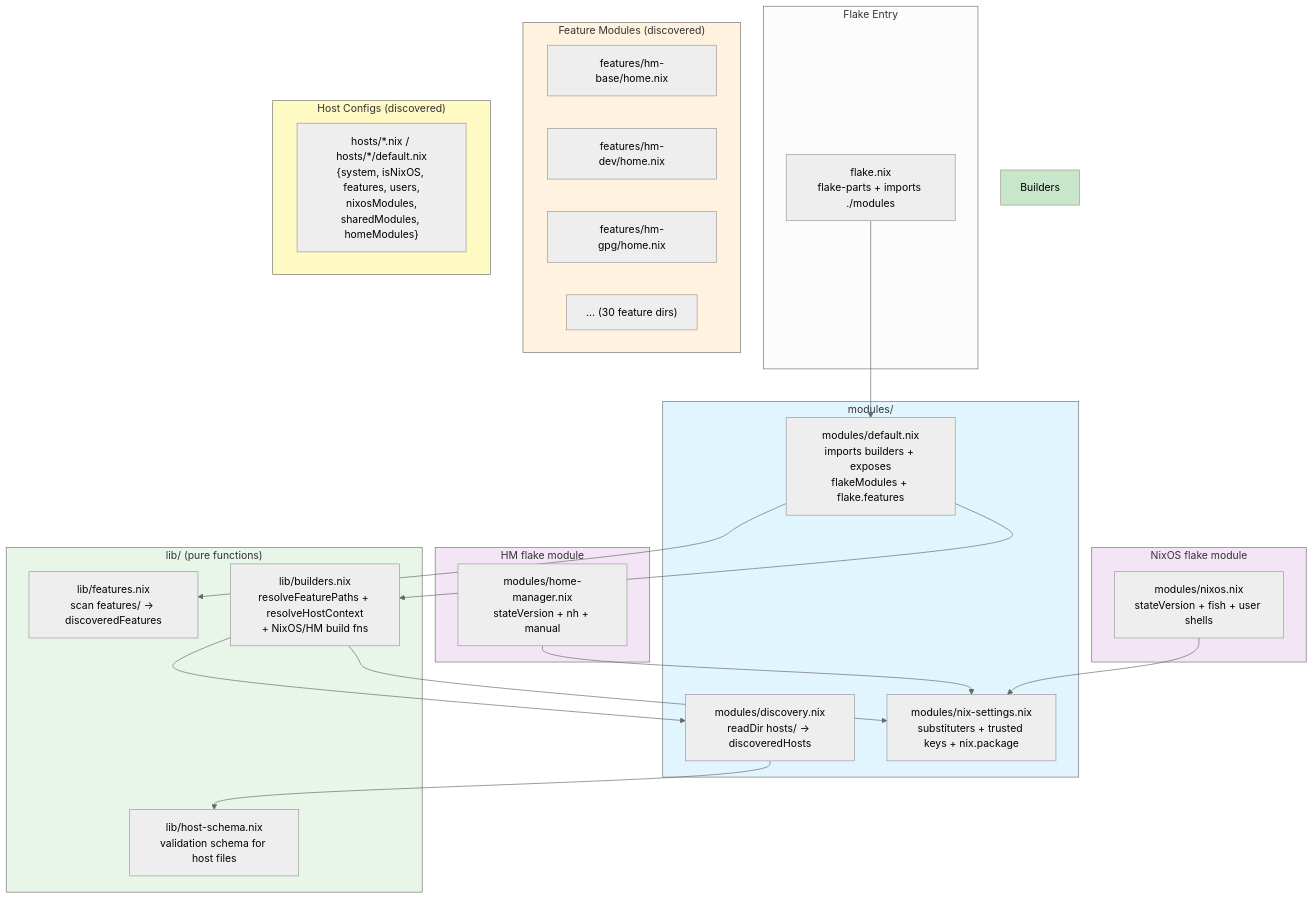
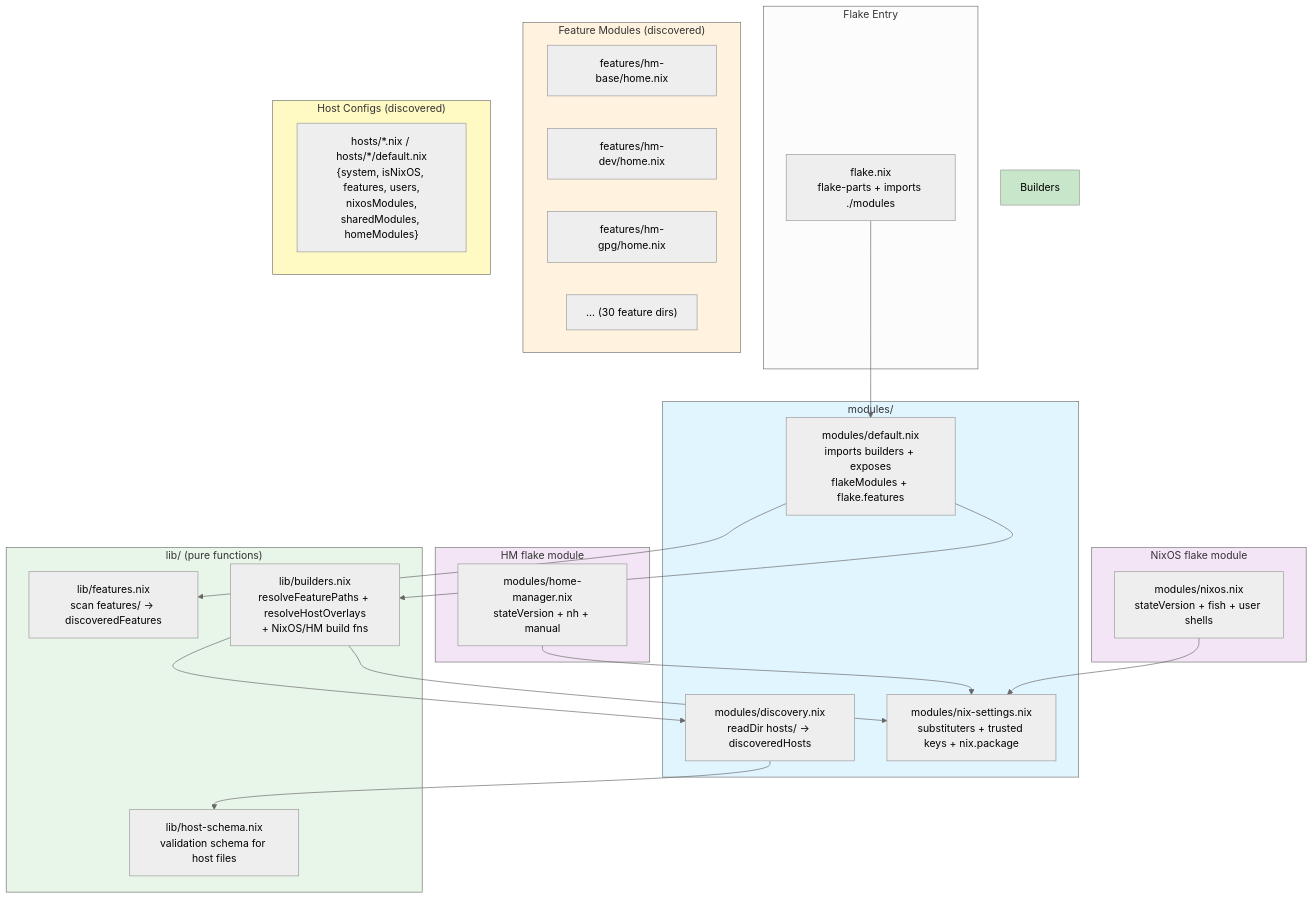
The first of 8 diagrams in DESIGN.md (WombatFromHell/automatic-palm-tree), drawn with Mermaid (neutral theme) before and after one commit. The commit also changed other lines of this file and 9 other files, not shown here.

````diff
--- a/DESIGN.md
+++ b/DESIGN.md
@@ -39,58 +39,58 @@
 ```mermaid
 graph TB
     subgraph Entry ["Flake Entry"]
         flake["flake.nix\nflake-parts + imports ./modules"]
     end
 
     subgraph Mods ["modules/"]
         modsDefault["modules/default.nix\nimports builders + exposes\nflakeModules + flake.features"]
         disc["modules/discovery.nix\nreadDir hosts/ → discoveredHosts"]
         nixSettings["modules/nix-settings.nix\nsubstituters + trusted keys + nix.package"]
     end
 
     subgraph Lib ["lib/ (pure functions)"]
         feat["lib/features.nix\nscan features/ → discoveredFeatures"]
         schema["lib/host-schema.nix\nvalidation schema for host files"]
-        bld["lib/builders.nix\nresolveFeaturePaths + resolveHostContext\n+ NixOS/HM build fns"]
+        bld["lib/builders.nix\nresolveFeaturePaths + resolveHostOverlays\n+ NixOS/HM build fns"]
     end
 
     subgraph HMMod ["HM flake module"]
         hmMod["modules/home-manager.nix\nstateVersion + nh + manual"]
     end
 
     subgraph NixOSMod ["NixOS flake module"]
         nixOSMod["modules/nixos.nix\nstateVersion + fish + user shells"]
     end
 
     subgraph Features ["Feature Modules (discovered)"]
         hmBase["features/hm-base/home.nix"]
         hmDev["features/hm-dev/home.nix"]
         hmGpg["features/hm-gpg/home.nix"]
         moreFeat["... (30 feature dirs)"]
     end
 
     subgraph Hosts ["Host Configs (discovered)"]
         hostFiles["hosts/*.nix / hosts/*/default.nix\n{system, isNixOS, features, users,\n nixosModules, sharedModules, homeModules}"]
     end
 
     flake --> modsDefault
 
     modsDefault --> bld
     modsDefault --> feat
 
     bld --> disc
     bld --> nixSettings
 
     disc --> schema
 
     hmMod --> nixSettings
     nixOSMod --> nixSettings
 
     style Mods fill:#e1f5fe
     style Lib fill:#e8f5e9
     style Builders fill:#c8e6c9
     style HMMod fill:#f3e5f5
     style NixOSMod fill:#f3e5f5
     style Features fill:#fff3e0
     style Hosts fill:#fff9c4
 ```
````
